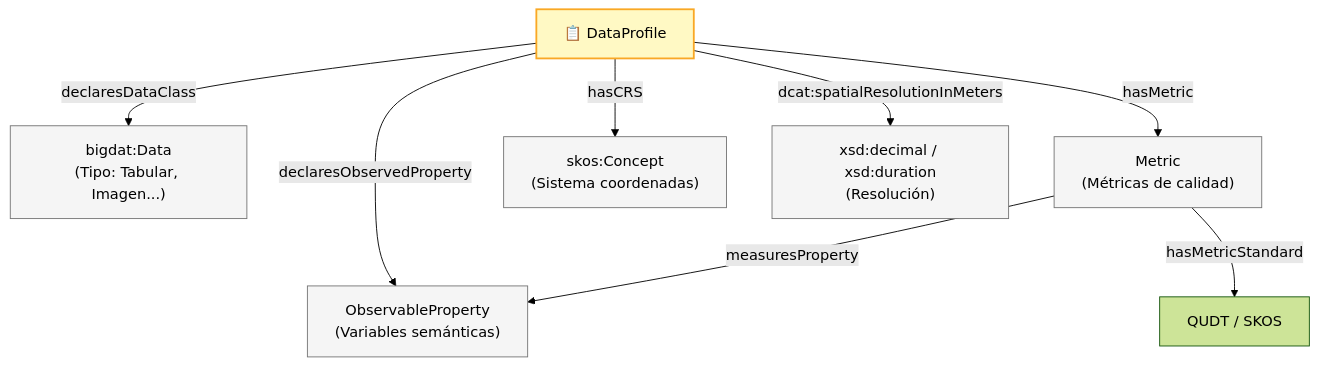
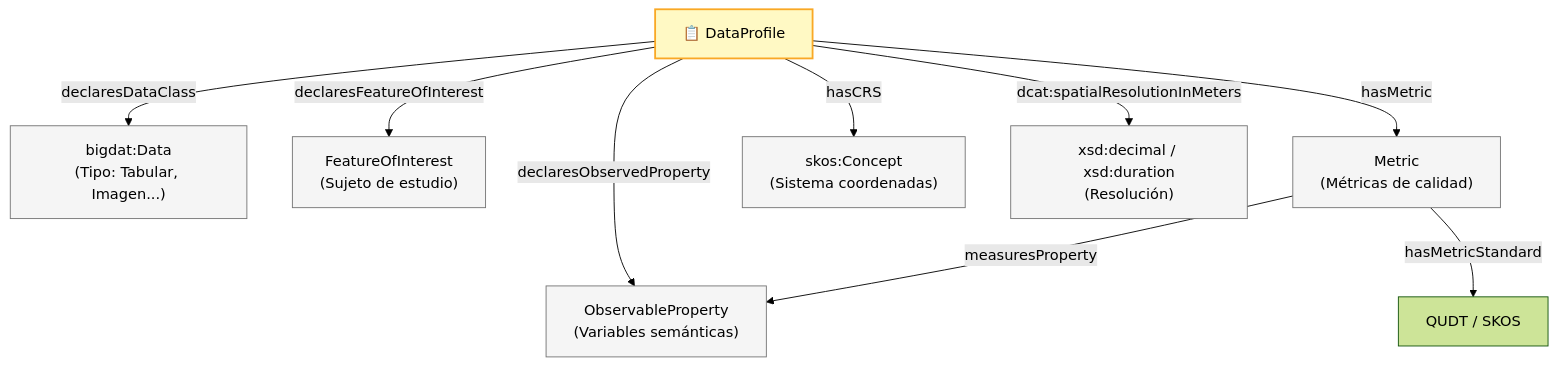
One commit to KhaosResearch/EDAAnOWL changed the fifth of 11 diagrams in docs/ONTOLOGY_OVERVIEW_DIAGRAM_ES.md. Above: the diagram before and after it, drawn with Mermaid (forest theme). The commit also changed other lines of this file and 19 other files, not shown here.

First line of the commit message:
feat!: incorporate Feature of Interest (SOSA/SSN) and release v0.9.0

````diff
--- a/docs/ONTOLOGY_OVERVIEW_DIAGRAM_ES.md
+++ b/docs/ONTOLOGY_OVERVIEW_DIAGRAM_ES.md
@@ -133,24 +140,26 @@
 ```mermaid
 flowchart TD
     classDef profile fill:#fff9c4,stroke:#f9a825,stroke-width:2px
     classDef content fill:#f5f5f5,stroke:#757575,stroke-width:1px
 
     DP["📋 DataProfile"]
     
     DC["bigdat:Data<br/>(Tipo: Tabular, Imagen...)"]
     OP["ObservableProperty<br/>(Variables semánticas)"]
+    FOI["FeatureOfInterest<br/>(Sujeto de estudio)"]
     M["Metric<br/>(Métricas de calidad)"]
     CRS["skos:Concept<br/>(Sistema coordenadas)"]
     RES["xsd:decimal / xsd:duration<br/>(Resolución)"]
 
     DP -- "declaresDataClass" --> DC
     DP -- "declaresObservedProperty" --> OP
+    DP -- "declaresFeatureOfInterest" --> FOI
     DP -- "hasMetric" --> M
     M -- "hasMetricStandard" --> S["QUDT / SKOS"]
     M -- "measuresProperty" --> OP
     DP -- "hasCRS" --> CRS
     DP -- "dcat:spatialResolutionInMeters" --> RES
 
     class DP profile
-    class DC,OP,M,CRS,RES content
+    class DC,OP,FOI,M,CRS,RES content
 ```
````
